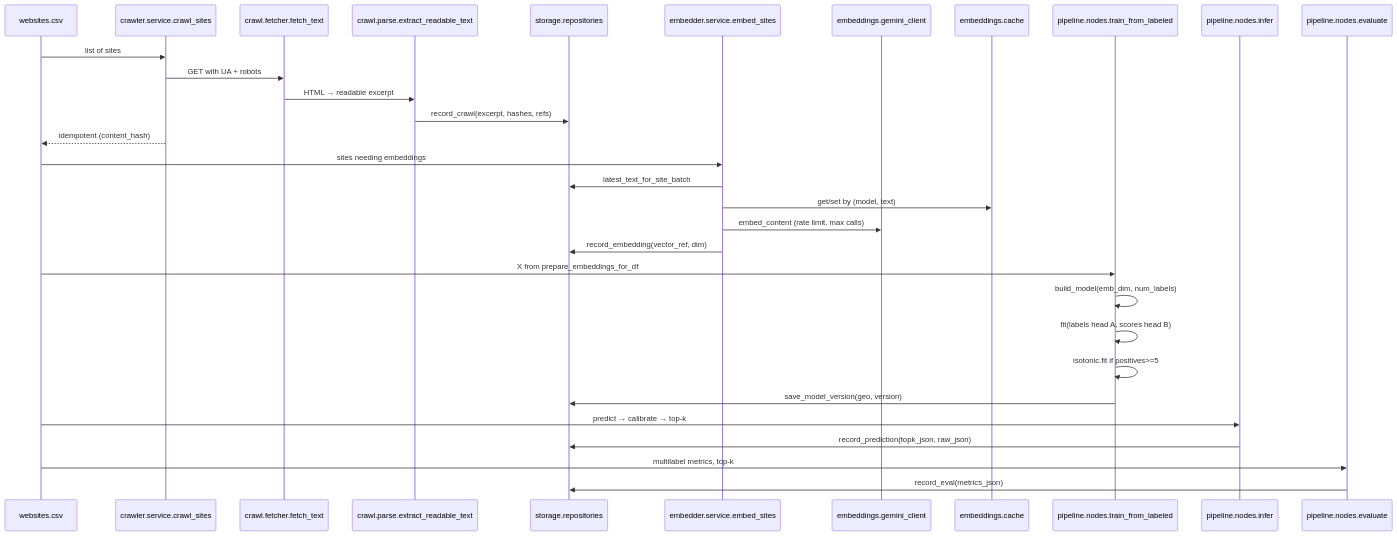
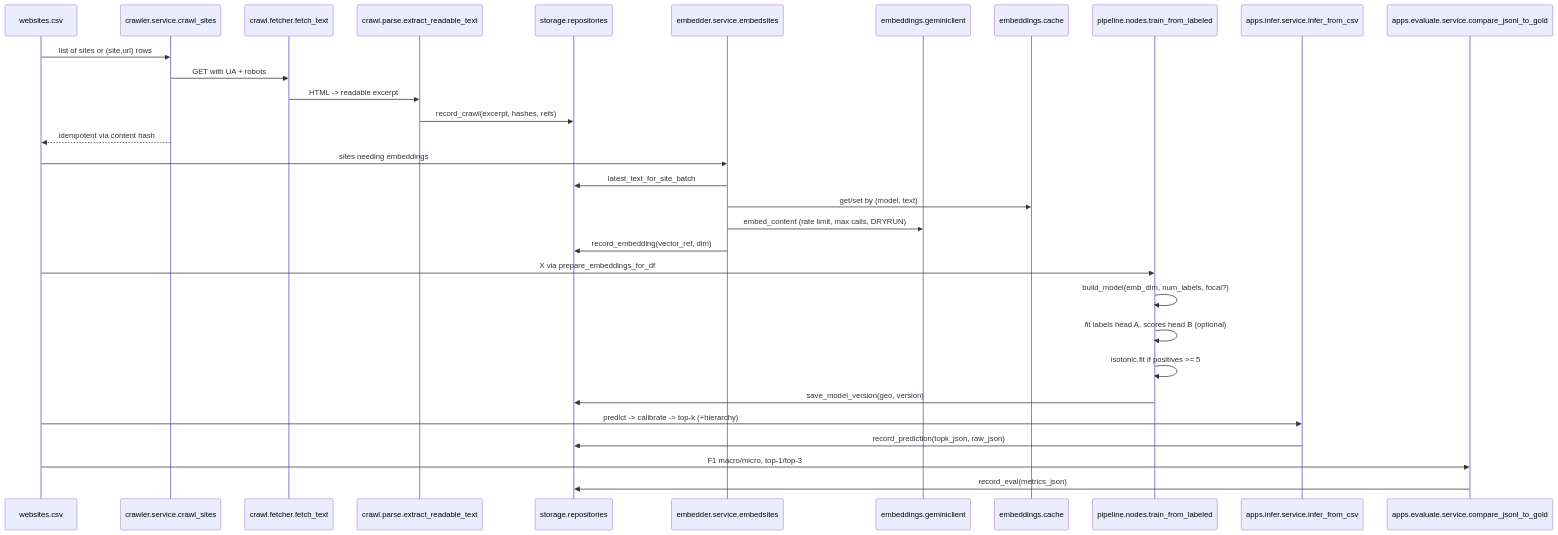
The second of 3 diagrams in docs/website_verticalizer_deep_dive.md (r2ik3r/ai.website-verticalization), drawn with Mermaid before and after one commit. The commit also changed other lines of this file and 39 other files, not shown here.

````diff
--- a/docs/website_verticalizer_deep_dive.md
+++ b/docs/website_verticalizer_deep_dive.md
@@ -36,38 +45,38 @@
 ```mermaid
 sequenceDiagram
   participant CSV as websites.csv
   participant Crawl as crawler.service.crawl_sites
   participant Fetch as crawl.fetcher.fetch_text
   participant Parse as crawl.parse.extract_readable_text
   participant Repo as storage.repositories
-  participant Emb as embedder.service.embed_sites
-  participant Gem as embeddings.gemini_client
+  participant Emb as embedder.service.embedsites
+  participant Gem as embeddings.geminiclient
   participant Cache as embeddings.cache
   participant Train as pipeline.nodes.train_from_labeled
-  participant Infer as pipeline.nodes.infer
-  participant Eval as pipeline.nodes.evaluate
+  participant Infer as apps.infer.service.infer_from_csv
+  participant Eval as apps.evaluate.service.compare_jsonl_to_gold
 
-  CSV->>Crawl: list of sites
+  CSV->>Crawl: list of sites or (site,url) rows
   Crawl->>Fetch: GET with UA + robots
-  Fetch->>Parse: HTML → readable excerpt
+  Fetch->>Parse: HTML -> readable excerpt
   Parse->>Repo: record_crawl(excerpt, hashes, refs)
-  Crawl-->>CSV: idempotent (content_hash)
+  Crawl-->>CSV: idempotent via content hash
 
   CSV->>Emb: sites needing embeddings
   Emb->>Repo: latest_text_for_site_batch
   Emb->>Cache: get/set by (model, text)
-  Emb->>Gem: embed_content (rate limit, max calls)
+  Emb->>Gem: embed_content (rate limit, max calls, DRYRUN)
   Emb->>Repo: record_embedding(vector_ref, dim)
 
-  CSV->>Train: X from prepare_embeddings_for_df
-  Train->>Train: build_model(emb_dim, num_labels)
-  Train->>Train: fit(labels head A, scores head B)
-  Train->>Train: isotonic.fit if positives>=5
+  CSV->>Train: X via prepare_embeddings_for_df
+  Train->>Train: build_model(emb_dim, num_labels, focal?)
+  Train->>Train: fit labels head A, scores head B (optional)
+  Train->>Train: isotonic.fit if positives >= 5
   Train->>Repo: save_model_version(geo, version)
 
-  CSV->>Infer: predict → calibrate → top‑k
+  CSV->>Infer: predict -> calibrate -> top-k (+hierarchy)
   Infer->>Repo: record_prediction(topk_json, raw_json)
 
-  CSV->>Eval: multilabel metrics, top‑k
+  CSV->>Eval: F1 macro/micro, top-1/top-3
   Eval->>Repo: record_eval(metrics_json)
 ```
````
